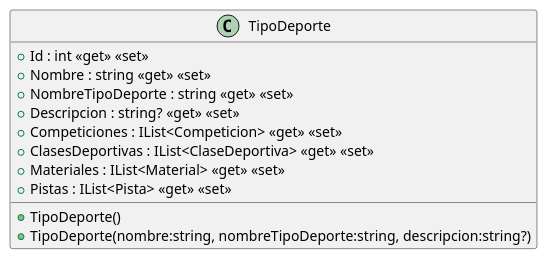
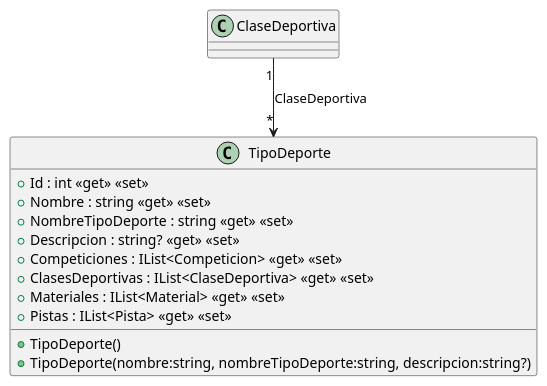
One commit to ISII26-27RJD/ISII2627-RDJ changed the diagram in src/AppForSEII.API/ClassDiagram/TipoDeporte.puml. Above: the diagram before and after it, drawn with PlantUML. The commit also changed 2 other files, not shown here.

Commit message:
relaciones hechas en CU-ClaseDeportiva

```diff
--- a/src/AppForSEII.API/ClassDiagram/TipoDeporte.puml
+++ b/src/AppForSEII.API/ClassDiagram/TipoDeporte.puml
@@ -1,14 +1,16 @@
 @startuml
 class TipoDeporte {
     + TipoDeporte()
     + TipoDeporte(nombre:string, nombreTipoDeporte:string, descripcion:string?)
     + Id : int <<get>> <<set>>
     + Nombre : string <<get>> <<set>>
     + NombreTipoDeporte : string <<get>> <<set>>
     + Descripcion : string? <<get>> <<set>>
     + Competiciones : IList<Competicion> <<get>> <<set>>
     + ClasesDeportivas : IList<ClaseDeportiva> <<get>> <<set>>
     + Materiales : IList<Material> <<get>> <<set>>
     + Pistas : IList<Pista> <<get>> <<set>>
 }
+ClaseDeportiva "1" --> "*" TipoDeporte : ClaseDeportiva
+
 @enduml
```
